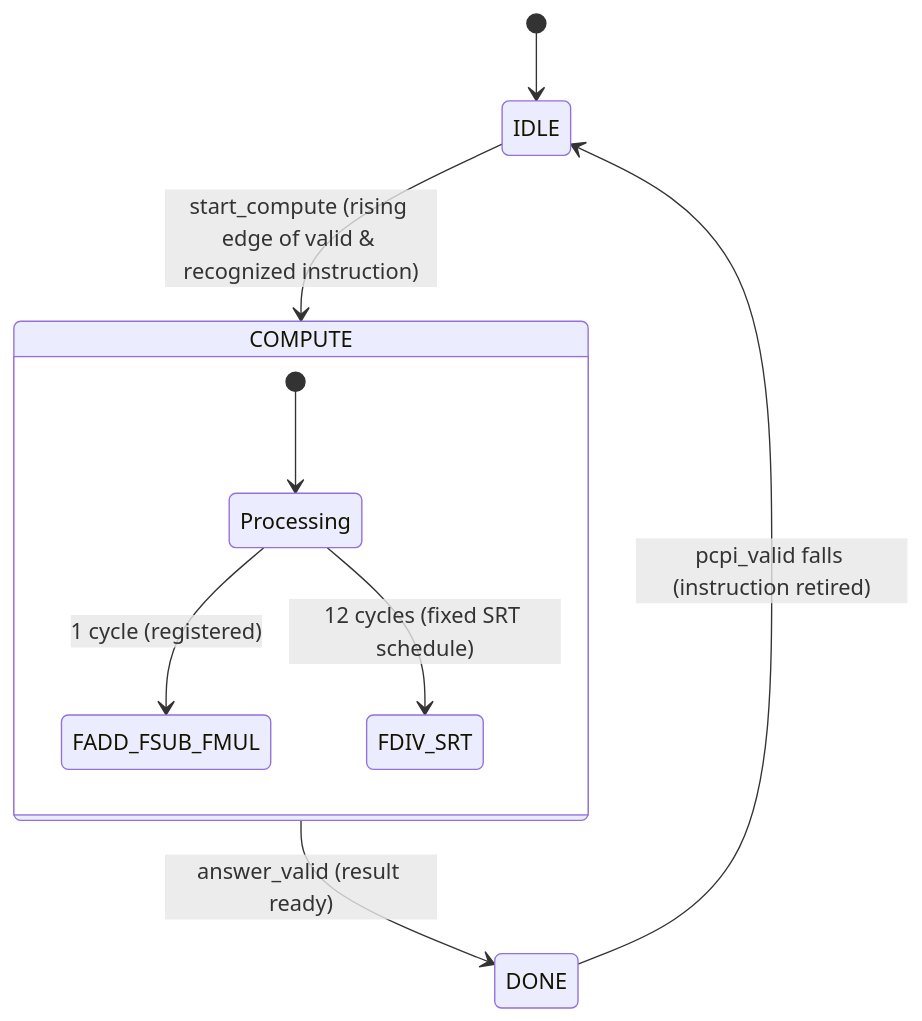
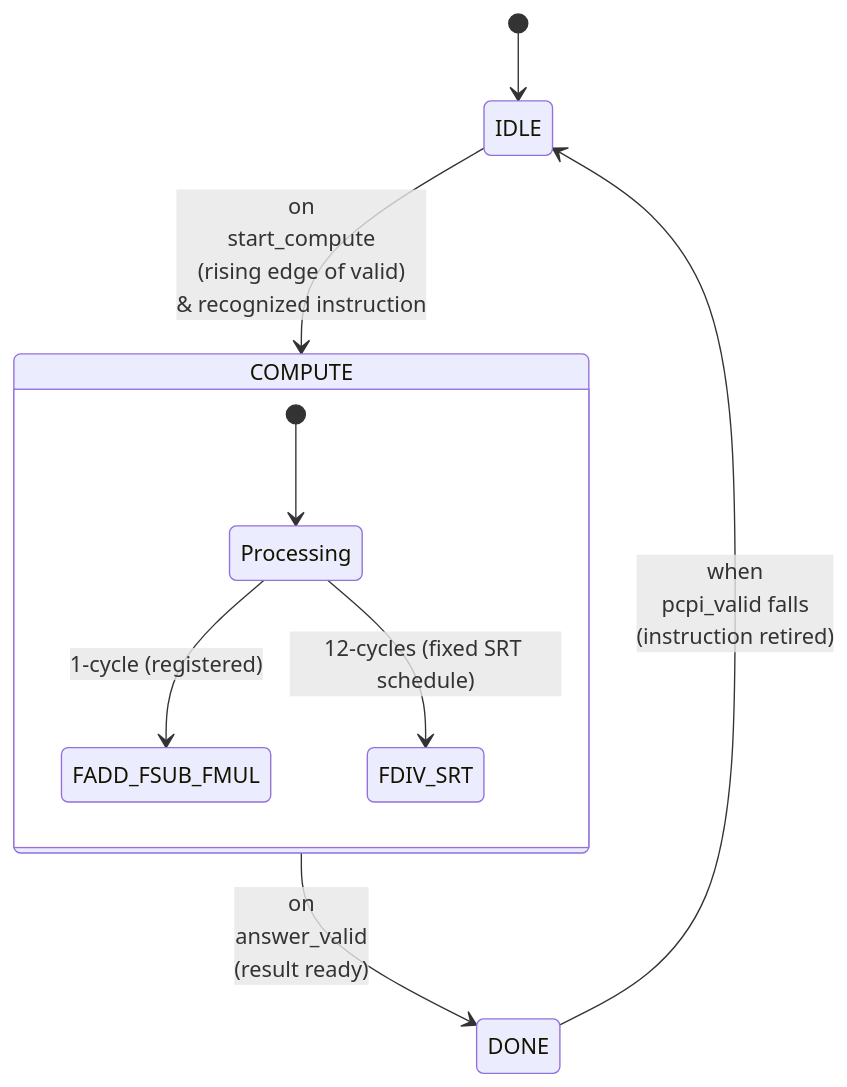
The second of 3 diagrams in fpu_architecture.md (Srivathsan1293/half-precision-fpu), drawn with Mermaid before and after one commit. The commit also changed other lines of this file, not shown here.

First line of the commit message:
docs: Fix text overflow in Mermaid.js diagrams

````diff
--- a/fpu_architecture.md
+++ b/fpu_architecture.md
@@ -41,16 +41,16 @@
 ```mermaid
 stateDiagram-v2
     [*] --> IDLE
     
-    IDLE --> COMPUTE : start_compute (rising edge of valid & recognized instruction)
+    IDLE --> COMPUTE : on<br/>start_compute<br/>(rising edge of valid)<br/>& recognized instruction
     
     state COMPUTE {
         [*] --> Processing
-        Processing --> FADD_FSUB_FMUL : 1 cycle (registered)
-        Processing --> FDIV_SRT : 12 cycles (fixed SRT schedule)
+        Processing --> FADD_FSUB_FMUL : 1-cycle (registered)
+        Processing --> FDIV_SRT : 12-cycles (fixed SRT schedule)
     }
     
-    COMPUTE --> DONE : answer_valid (result ready)
+    COMPUTE --> DONE : on<br/>answer_valid<br/>(result ready)
     
-    DONE --> IDLE : pcpi_valid falls (instruction retired)
+    DONE --> IDLE : when<br/>pcpi_valid falls<br/>(instruction retired)
 ```
````
